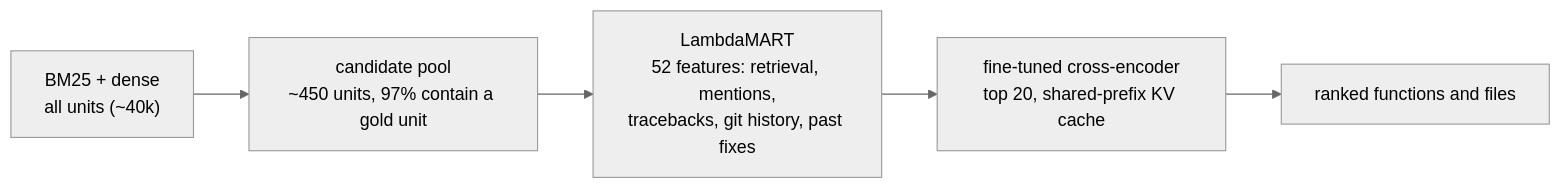
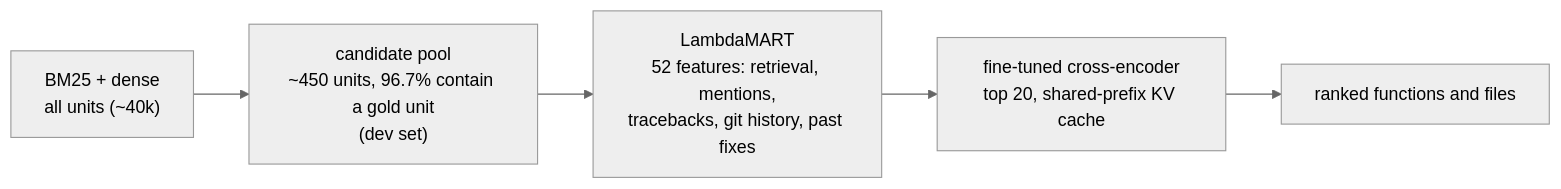
The second of 3 diagrams in README.md (Lazeeez/Odin), drawn with Mermaid (neutral theme) before and after one commit. The commit also changed other lines of this file and 5 other files, not shown here.

````diff
--- a/README.md
+++ b/README.md
@@ -166,7 +168,7 @@
 ```mermaid
 flowchart LR
-    A["BM25 + dense<br/>all units (~40k)"] --> B["candidate pool<br/>~450 units, 97% contain a gold unit"]
+    A["BM25 + dense<br/>all units (~40k)"] --> B["candidate pool<br/>~450 units, 96.7% contain a gold unit<br/>(dev set)"]
     B --> C["LambdaMART<br/>52 features: retrieval, mentions,<br/>tracebacks, git history, past fixes"]
     C --> D["fine-tuned cross-encoder<br/>top 20, shared-prefix KV cache"]
     D --> E[ranked functions and files]
 ```
````
